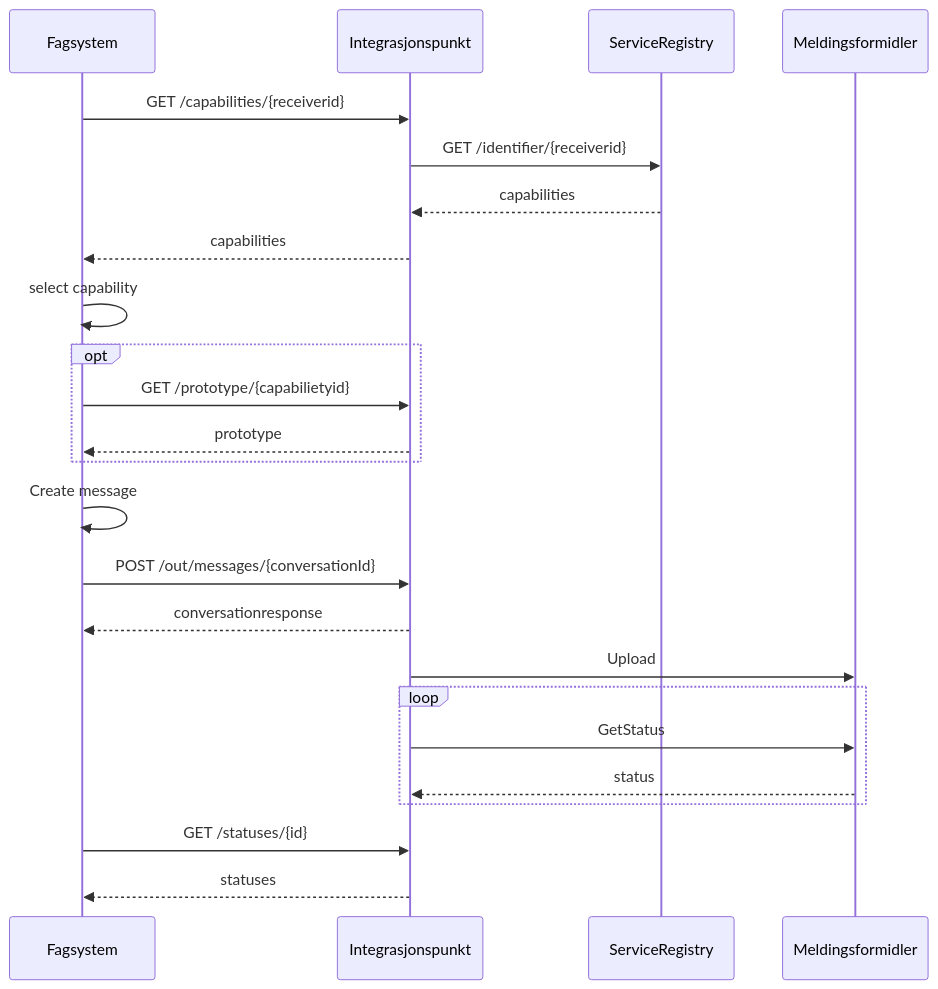
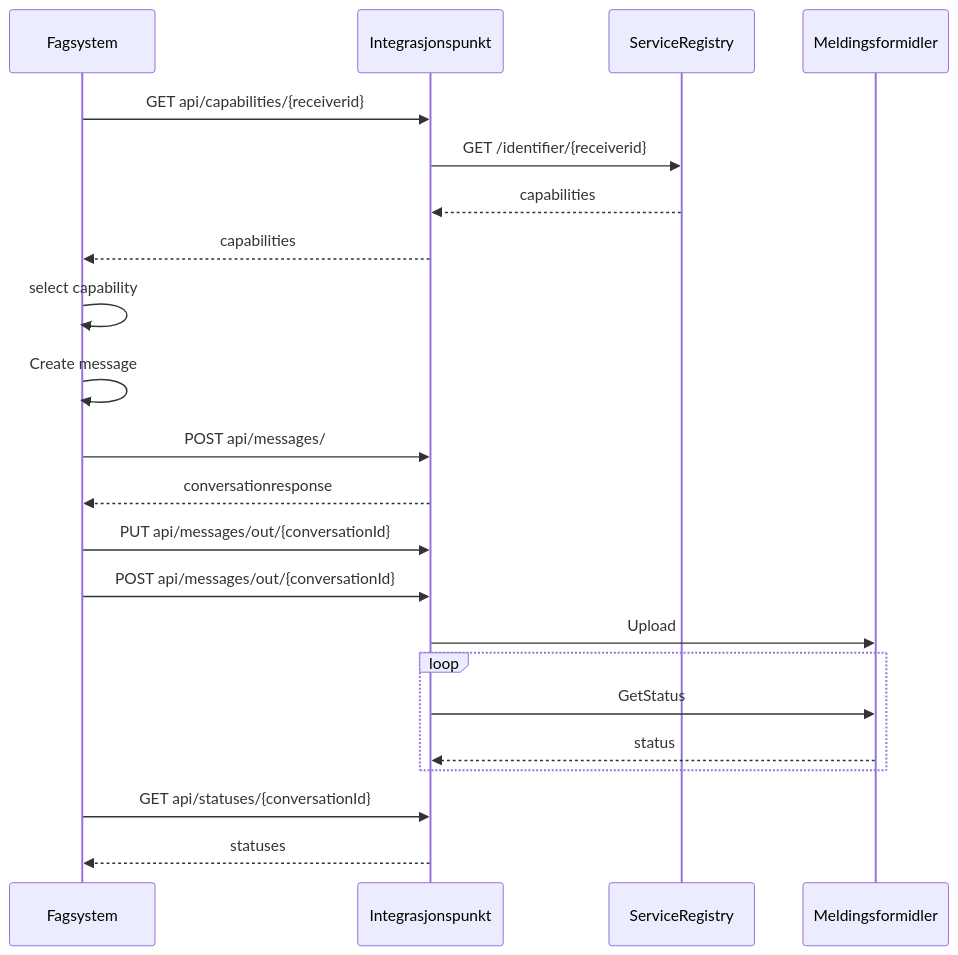
Before and after one commit to difi/eformidling: the second of 3 diagrams in pages/NextMove/meldingsflyt.md, drawn with Mermaid. The commit also changed other lines of this file, not shown here.

```diff
--- a/pages/NextMove/meldingsflyt.md
+++ b/pages/NextMove/meldingsflyt.md
@@ -12,31 +63,32 @@
 <div class="mermaid">
 
 sequenceDiagram
     participant fs as Fagsystem
     participant ip as Integrasjonspunkt
     participant sr as ServiceRegistry
     participant mf  as Meldingsformidler
 
     
-    fs->>ip: GET /capabilities/{receiverid}
+    fs->>ip: GET api/capabilities/{receiverid}
+
     ip->>sr: GET /identifier/{receiverid}
     sr-->>ip: capabilities
+
     ip-->>fs: capabilities
-    fs->>fs: select capability
-    opt
-        fs->>ip: GET /prototype/{capabilietyid}
-        ip-->>fs: prototype
-    end
-    fs->>fs: Create message   
-    fs->>ip: POST /out/messages/{conversationId}
+    fs->>fs: select capability   
+    fs->>fs: Create message      
+    fs->>ip: POST api/messages/
     ip-->>fs: conversationresponse
+    fs->>ip: PUT api/messages/out/{conversationId}
+    fs->>ip: POST api/messages/out/{conversationId}
+    
     ip->>mf: Upload
     loop 
         ip->>mf: GetStatus
         mf-->>ip: status
     end
-    fs->>ip: GET /statuses/{id}
+
+    fs->>ip: GET api/statuses/{conversationId}
     ip-->>fs: statuses
 
-
 </div>
```
